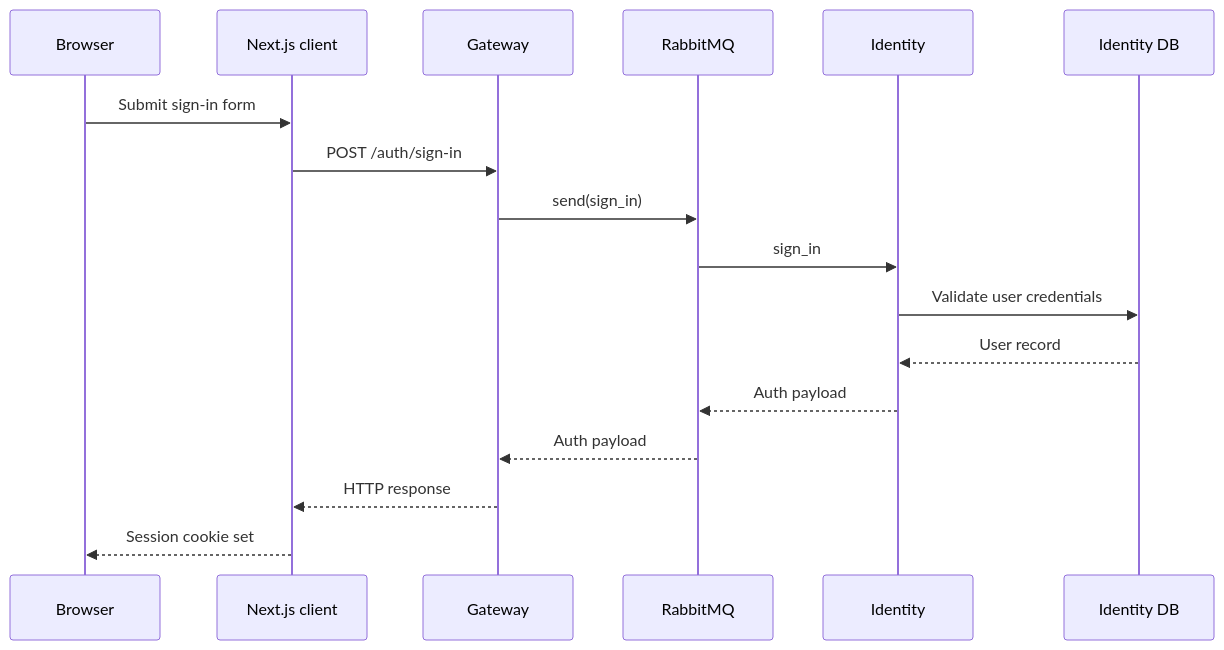
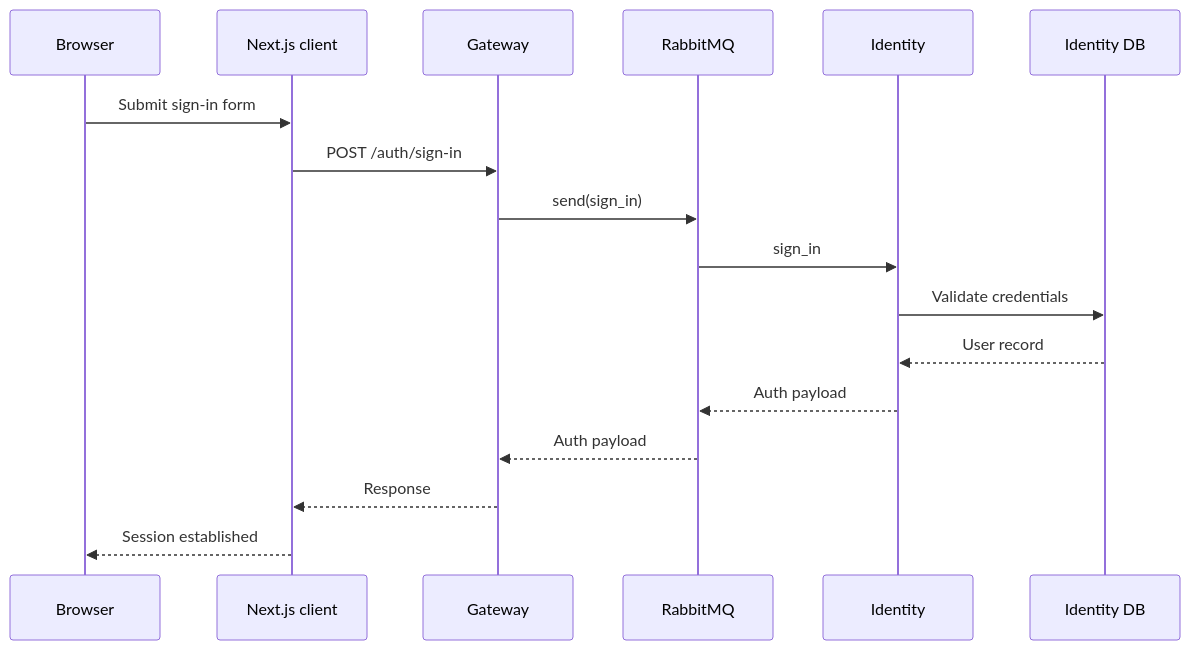
Before and after one commit to eamtcPROG/DASI: the second of 4 diagrams in docs/architecture.md, drawn with Mermaid. The commit also changed other lines of this file and 1 other file, not shown here.

````diff
--- a/docs/architecture.md
+++ b/docs/architecture.md
@@ -111,20 +131,20 @@
 ```mermaid
 sequenceDiagram
     participant B as Browser
     participant C as Next.js client
     participant G as Gateway
     participant R as RabbitMQ
     participant I as Identity
     participant D as Identity DB
 
     B->>C: Submit sign-in form
     C->>G: POST /auth/sign-in
     G->>R: send(sign_in)
     R->>I: sign_in
-    I->>D: Validate user credentials
+    I->>D: Validate credentials
     D-->>I: User record
     I-->>R: Auth payload
     R-->>G: Auth payload
-    G-->>C: HTTP response
-    C-->>B: Session cookie set
+    G-->>C: Response
+    C-->>B: Session established
 ```
````
